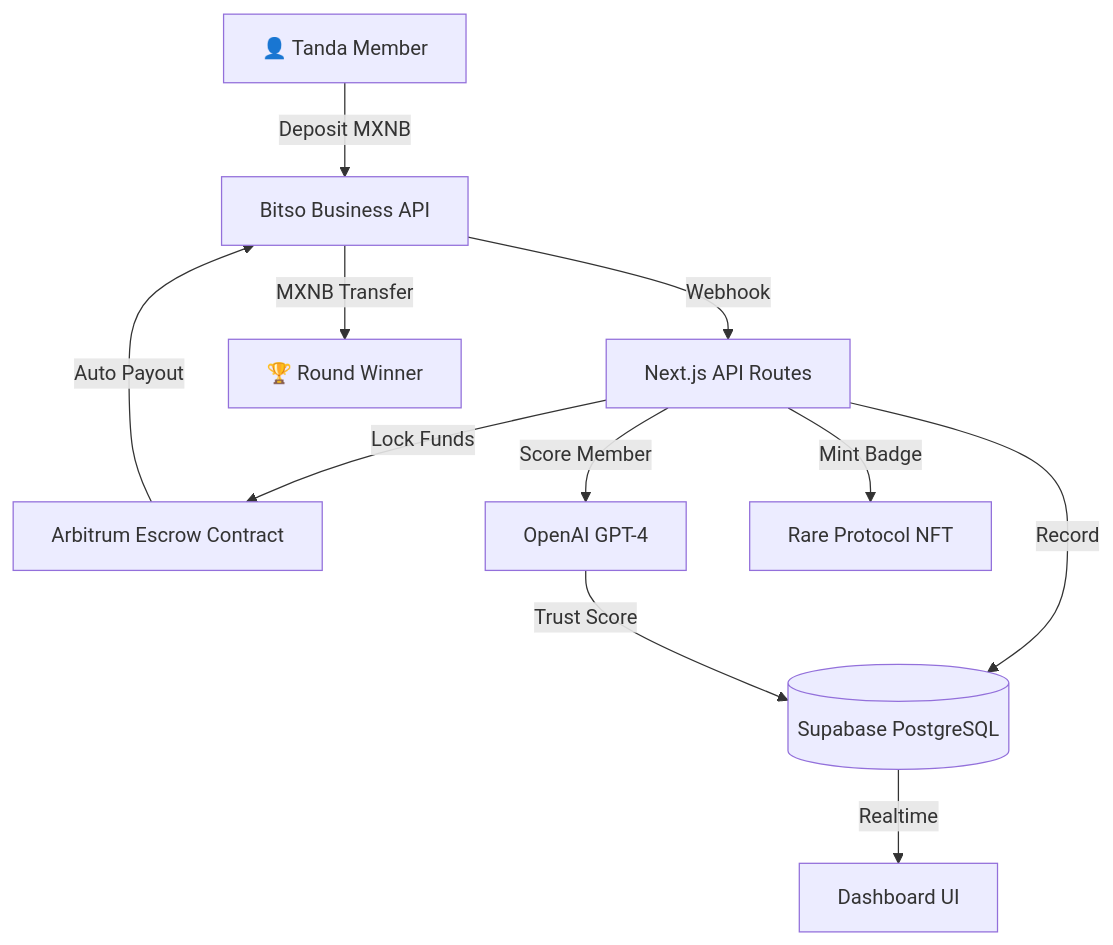
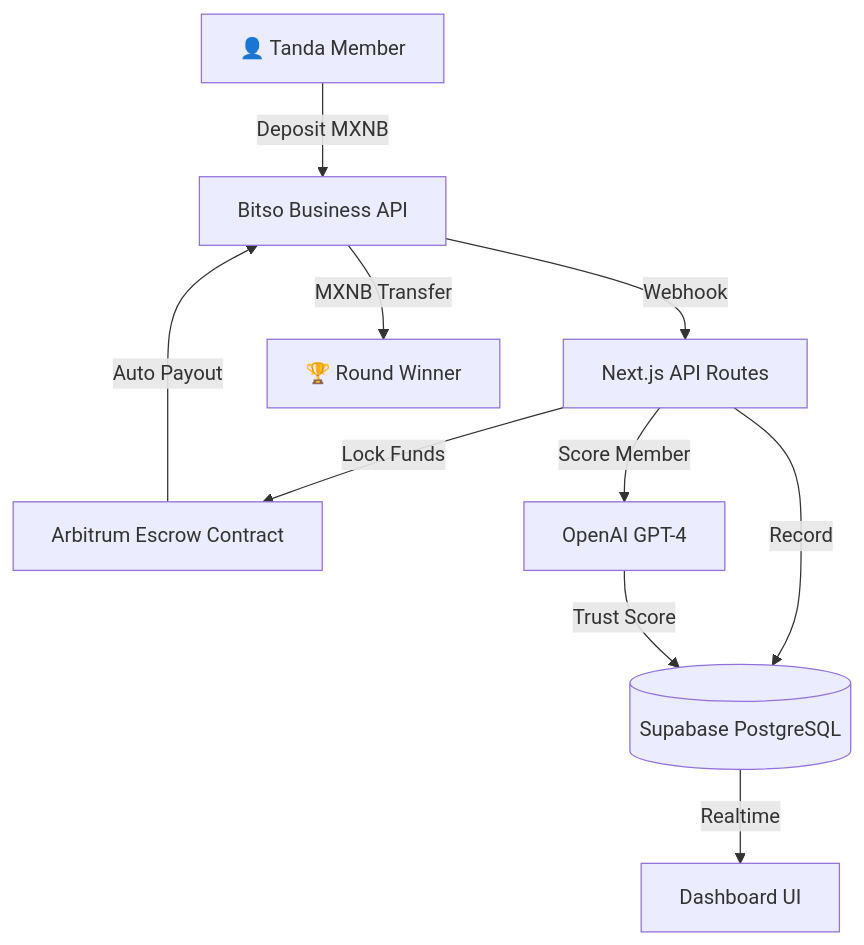
One commit to edycutjong/tandot changed the diagram in README.md. Above: the diagram before and after it, drawn with Mermaid. The commit also changed other lines of this file and 3 other files, not shown here.

Commit message:
chore: remove defunct Rare Protocol integrations and env keys

````diff
--- a/README.md
+++ b/README.md
@@ -62,13 +62,13 @@
 ```mermaid
 graph TB
     User[👤 Tanda Member] -->|Deposit MXNB| Bitso[Bitso Business API]
     Bitso -->|Webhook| API[Next.js API Routes]
     API -->|Record| DB[(Supabase PostgreSQL)]
     API -->|Lock Funds| Escrow[Arbitrum Escrow Contract]
     API -->|Score Member| AI[OpenAI GPT-4]
     AI -->|Trust Score| DB
     Escrow -->|Auto Payout| Bitso
     Bitso -->|MXNB Transfer| Winner[🏆 Round Winner]
-    API -->|Mint Badge| Rare[Rare Protocol NFT]
+
     DB -->|Realtime| Dashboard[Dashboard UI]
 ```
````
